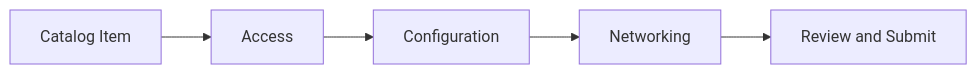
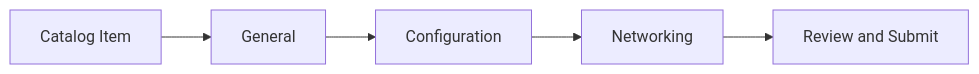
The diagram in enhancements/cluster-and-vm-provisioning-wizard/prd.md (osac-project/enhancement-proposals), drawn with Mermaid before and after one commit. The commit also changed other lines of this file, not shown here.

Commit message:
OSAC-1421: rename wizard Access step to General

````diff
--- a/enhancements/cluster-and-vm-provisioning-wizard/prd.md
+++ b/enhancements/cluster-and-vm-provisioning-wizard/prd.md
@@ -187,7 +187,7 @@
 ```mermaid
 flowchart LR
-  A[Catalog Item] --> B[Access]
+  A[Catalog Item] --> B[General]
   B --> C[Configuration]
   C --> D[Networking]
   D --> E[Review and Submit]
 ```
````
